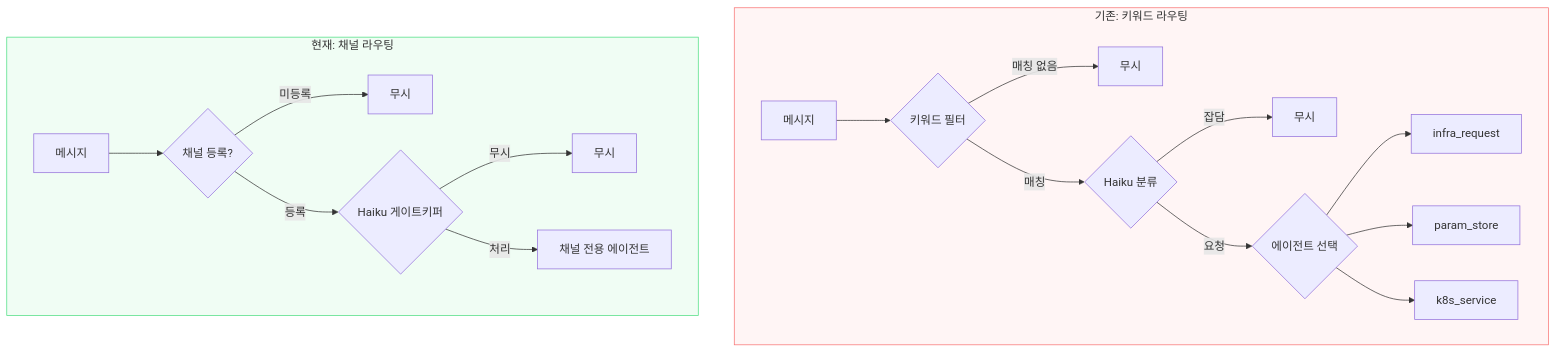
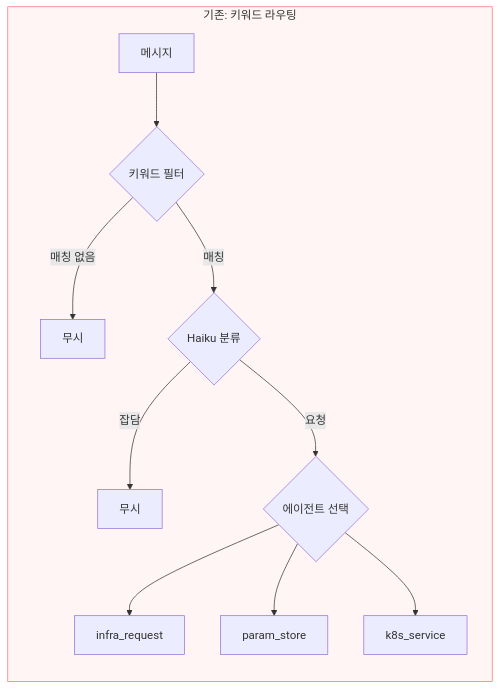
Before and after one commit to kimduksoo/duksoo-tech-blog: the second of 7 diagrams in content/ai/ai-infra-automation-v2.md, drawn with Mermaid.

Commit message:
Before/After 다이어그램 수직 배치

````diff
--- a/content/ai/ai-infra-automation-v2.md
+++ b/content/ai/ai-infra-automation-v2.md
@@ -113,24 +113,15 @@
 ```mermaid
-flowchart TB
+flowchart LR
     subgraph Before[기존: 키워드 라우팅]
         Msg1[메시지] --> KW{키워드 필터}
         KW -->|매칭 없음| Drop1[무시]
         KW -->|매칭| Haiku{Haiku 분류}
         Haiku -->|잡담| Drop2[무시]
         Haiku -->|요청| Select{에이전트 선택}
         Select --> A1[infra_request]
         Select --> A2[param_store]
         Select --> A3[k8s_service]
     end
 
-    subgraph After[현재: 채널 라우팅]
-        Msg2[메시지] --> CH{채널 등록?}
-        CH -->|미등록| Drop3[무시]
-        CH -->|등록| GK{Haiku 게이트키퍼}
-        GK -->|무시| Drop4[무시]
-        GK -->|처리| Agent[채널 전용 에이전트]
-    end
-
     style Before fill:#fff5f5,stroke:#f87171
-    style After fill:#f0fdf4,stroke:#4ade80
 ```
````
